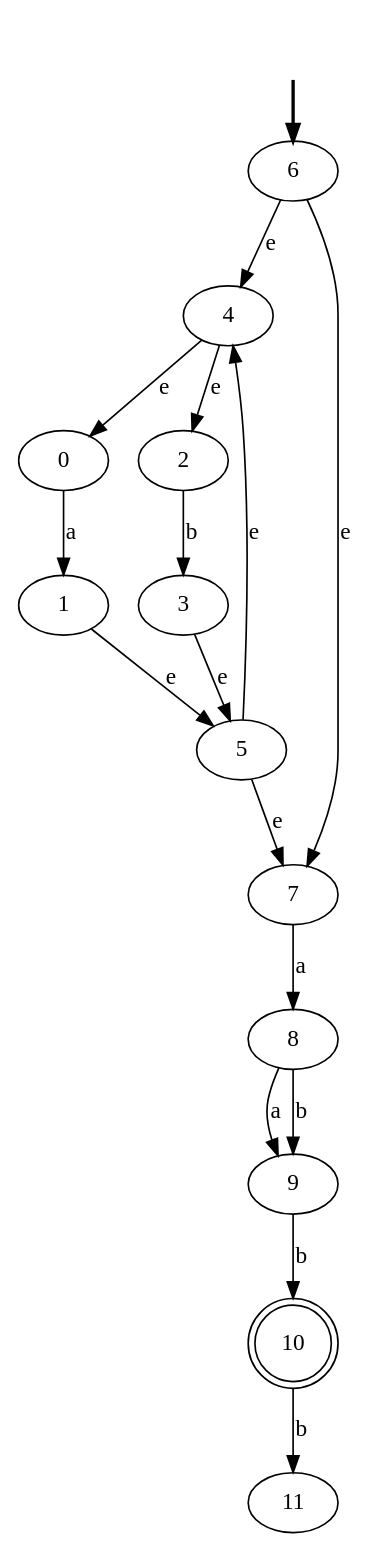
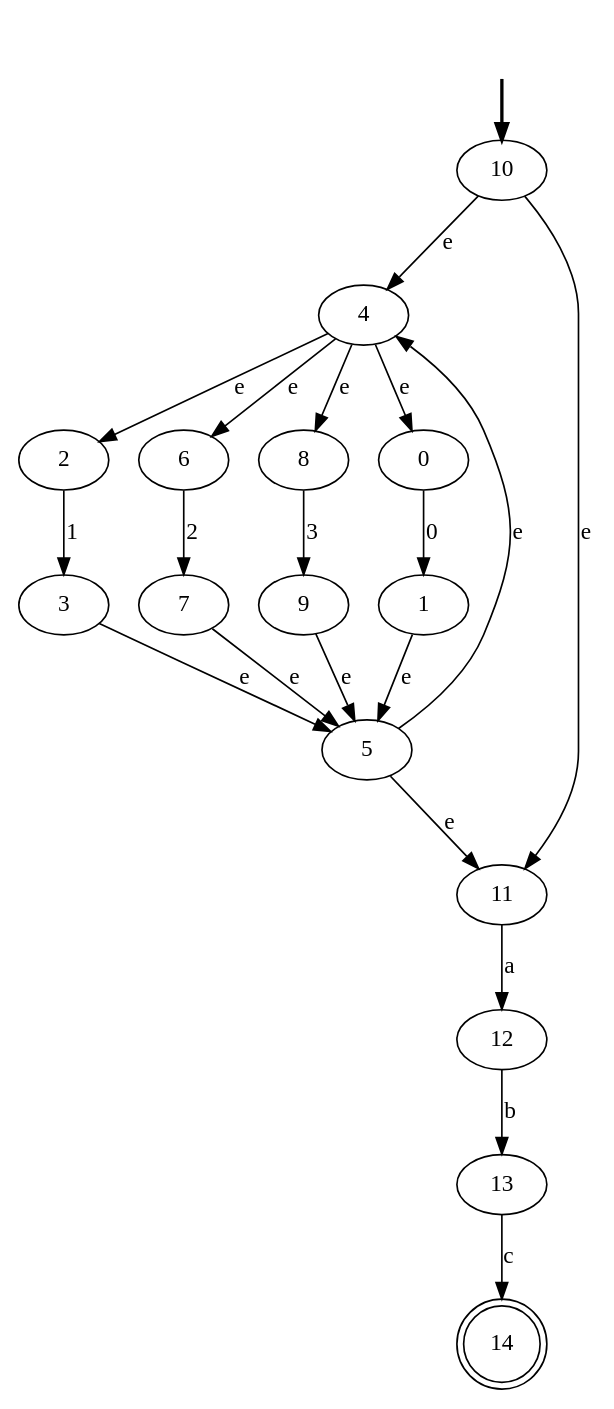
One commit to maupeon/Compiladores changed the diagram in Tarea 1/output_NFA.dot. Above: the diagram before and after it, drawn with Graphviz. The commit also changed 421 other files, not shown here.

```diff
--- a/Tarea 1/output_NFA.dot
+++ b/Tarea 1/output_NFA.dot
@@ -1,30 +1,38 @@
 digraph {
 	fake0 [style=invisible]
+	14 [shape=doublecircle]
+	9
+	12
+	3
+	2
+	6
+	10 [root=true]
+	1
+	7
+	13
+	8
 	0
-	9
-	3
-	8
-	1
-	6 [root=true]
-	2
-	10 [shape=doublecircle]
 	4
+	11
 	5
-	7
-	fake0 -> 6 [style=bold]
-	0 -> 1 [label=a]
-	2 -> 3 [label=b]
+	fake0 -> 10 [style=bold]
+	0 -> 1 [label=0]
+	2 -> 3 [label=1]
+	4 -> 8 [label=e]
 	4 -> 0 [label=e]
 	4 -> 2 [label=e]
+	4 -> 6 [label=e]
 	1 -> 5 [label=e]
 	3 -> 5 [label=e]
-	6 -> 4 [label=e]
-	6 -> 7 [label=e]
+	6 -> 7 [label=2]
+	7 -> 5 [label=e]
+	8 -> 9 [label=3]
+	9 -> 5 [label=e]
+	10 -> 11 [label=e]
+	10 -> 4 [label=e]
+	5 -> 11 [label=e]
 	5 -> 4 [label=e]
-	5 -> 7 [label=e]
-	8 -> 9 [label=a]
-	7 -> 8 [label=a]
-	9 -> 10 [label=b]
-	8 -> 9 [label=b]
-	10 -> 11 [label=b]
+	11 -> 12 [label=a]
+	12 -> 13 [label=b]
+	13 -> 14 [label=c]
 }
```
